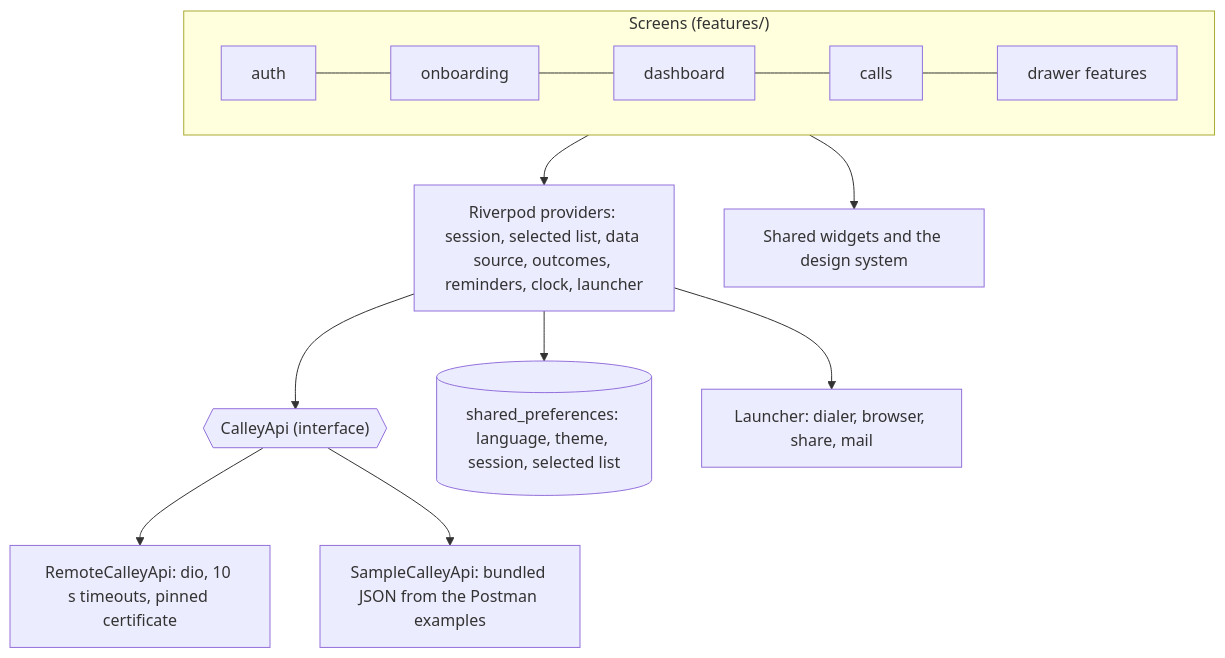
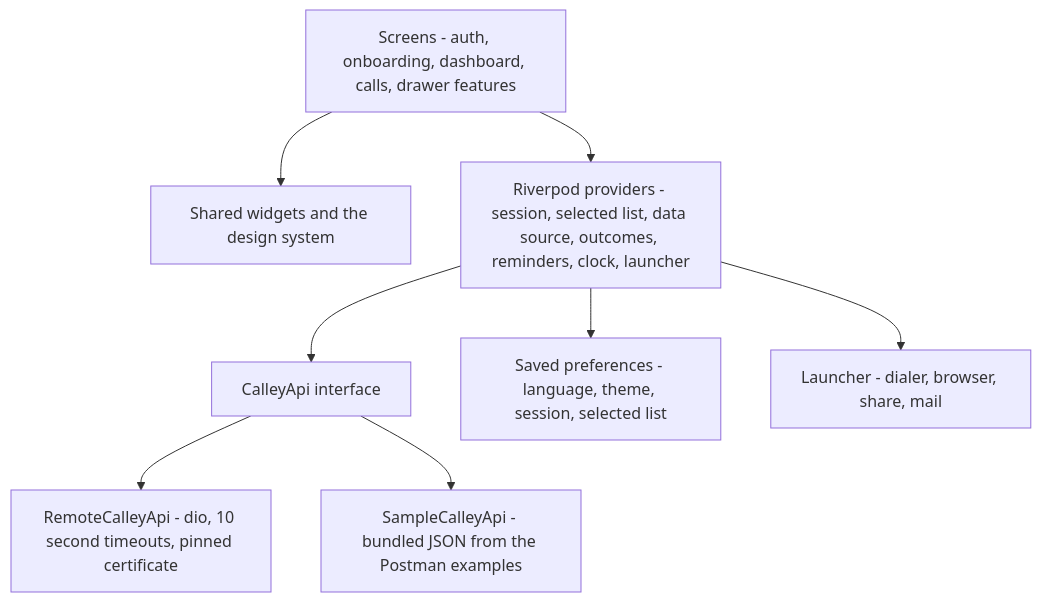
One commit to xeyynon/CS-Infotech- changed the fourth of 5 diagrams in README.md. Above: the diagram before and after it, drawn with Mermaid. The commit also changed other lines of this file, not shown here.

First line of the commit message:
InBul13: Redraw the README diagrams in plain syntax so GitHub renders them

````diff
--- a/README.md
+++ b/README.md
@@ -254,14 +252,18 @@
 ```mermaid
 flowchart TB
-    subgraph UI["Screens (features/)"]
-        direction LR
-        F1[auth] --- F2[onboarding] --- F3[dashboard] --- F4[calls] --- F5[drawer features]
-    end
-    UI --> P["Riverpod providers: session, selected list, data source, outcomes, reminders, clock, launcher"]
-    P --> API{{"CalleyApi (interface)"}}
-    API --> R["RemoteCalleyApi: dio, 10 s timeouts, pinned certificate"]
-    API --> S["SampleCalleyApi: bundled JSON from the Postman examples"]
-    P --> ST[("shared_preferences: language, theme, session, selected list")]
-    UI --> W["Shared widgets and the design system"]
-    P --> L["Launcher: dialer, browser, share, mail"]
+    UI[Screens - auth, onboarding, dashboard, calls, drawer features]
+    W[Shared widgets and the design system]
+    P[Riverpod providers - session, selected list, data source, outcomes, reminders, clock, launcher]
+    API[CalleyApi interface]
+    R[RemoteCalleyApi - dio, 10 second timeouts, pinned certificate]
+    S[SampleCalleyApi - bundled JSON from the Postman examples]
+    ST[Saved preferences - language, theme, session, selected list]
+    L[Launcher - dialer, browser, share, mail]
+    UI --> P
+    UI --> W
+    P --> API
+    API --> R
+    API --> S
+    P --> ST
+    P --> L
 ```
````
